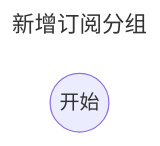
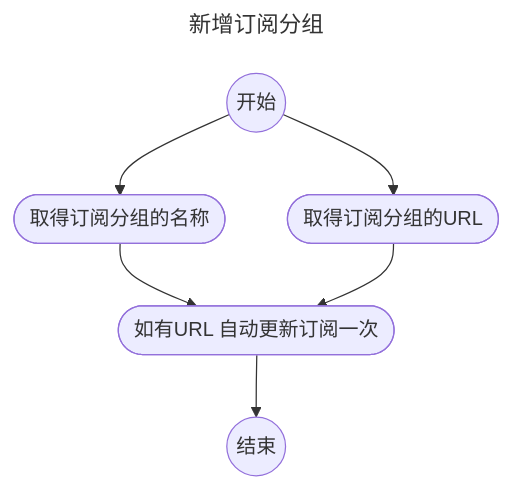
Before and after one commit to OWALabuy/heresy: the third of 5 diagrams in doc/领域分析.md, drawn with Mermaid. The commit also changed other lines of this file and 1 other file, not shown here.

````diff
--- a/doc/领域分析.md
+++ b/doc/领域分析.md
@@ -227,9 +199,18 @@
 ```mermaid
 ---
 title: 新增订阅分组
 ---
 flowchart TD
 
 id1((开始))
+id2([取得订阅分组的名称])
+id3([取得订阅分组的URL])
+id4([如有URL 自动更新订阅一次])
+id5((结束))
 
+id1 --> id2
+id1 --> id3
+id2 --> id4
+id3 --> id4
+id4 --> id5
 ```
````
